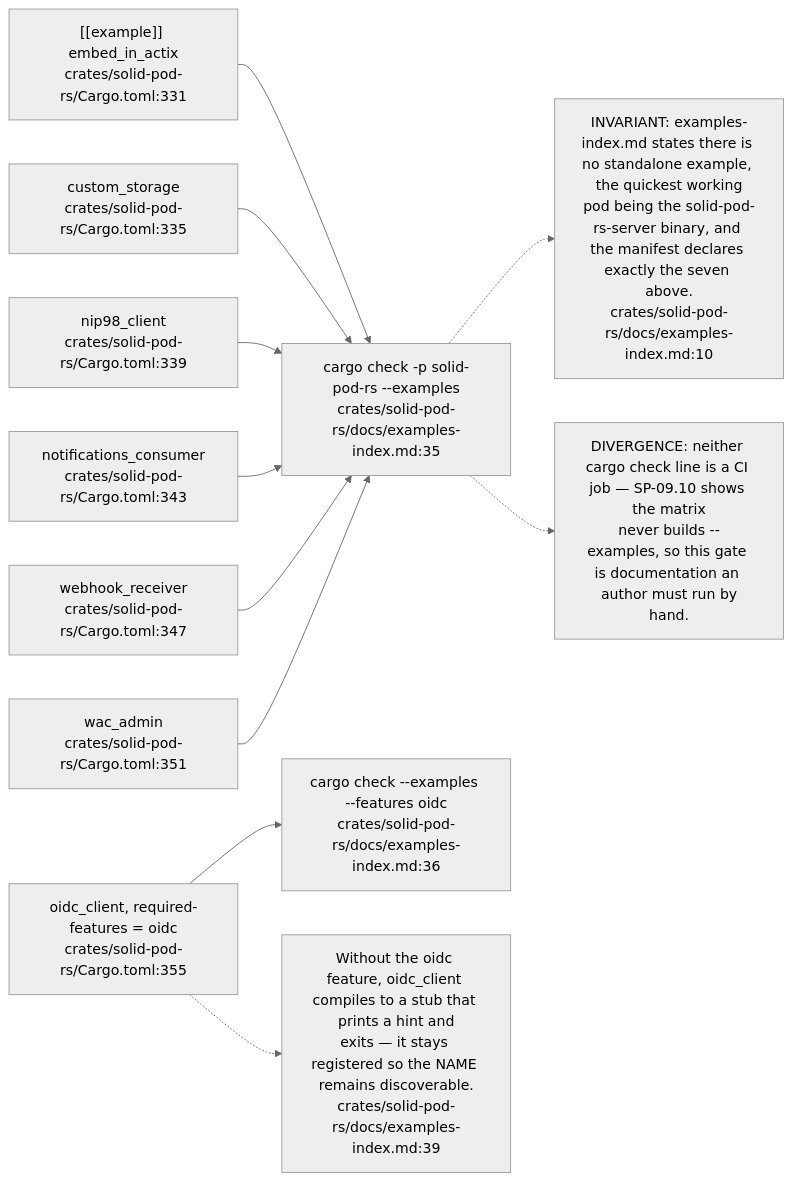
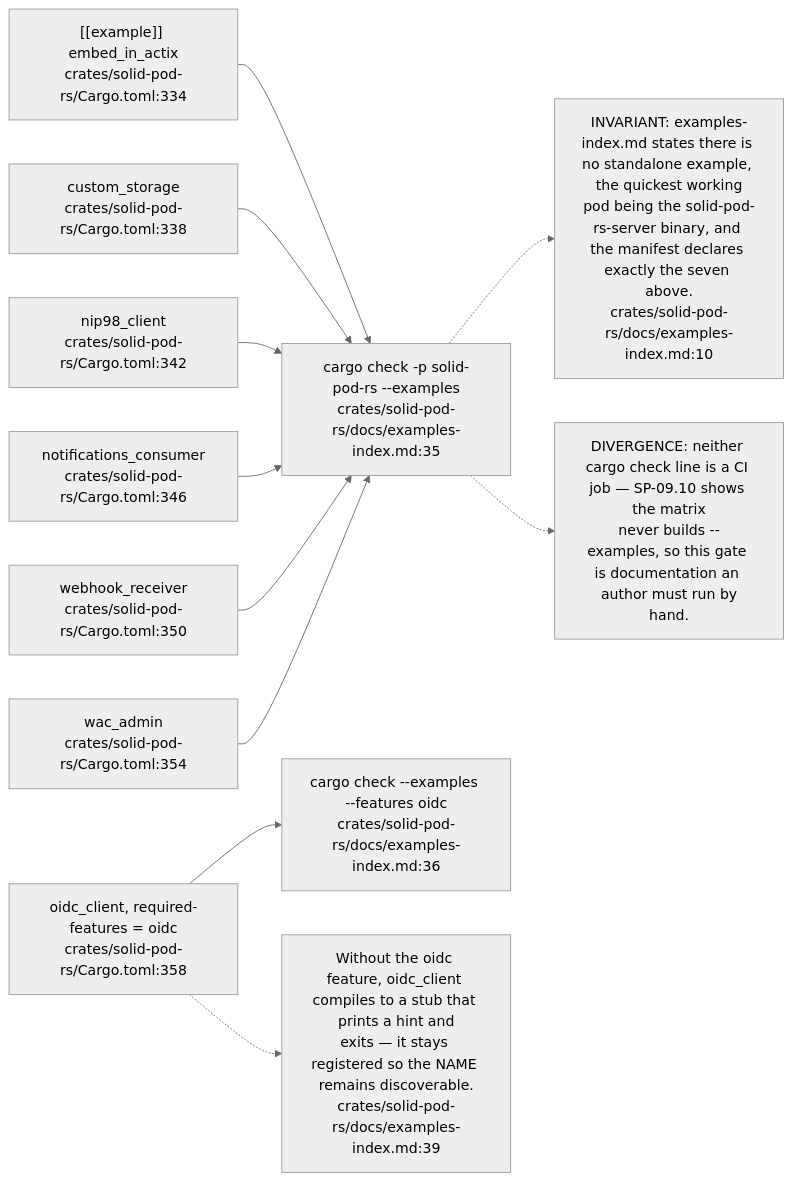
Diagram 12 of 12 in docs/diagrams/solid-pod-rs/01-workspace-composition.md (DreamLab-AI/VisionFlow), drawn with Mermaid (neutral theme) before and after one commit. The commit also changed other lines of this file and 142 other files, not shown here.

First line of the commit message:
docs(diagrams): one System One route; re-verify 140 topics at today's heads

````diff
--- a/docs/diagrams/solid-pod-rs/01-workspace-composition.md
+++ b/docs/diagrams/solid-pod-rs/01-workspace-composition.md
@@ -344,27 +346,27 @@
 ```mermaid
 flowchart LR
-    D1["[[example]] embed_in_actix<br/>crates/solid-pod-rs/Cargo.toml:331"]
-    D2["custom_storage<br/>crates/solid-pod-rs/Cargo.toml:335"]
-    D3["nip98_client<br/>crates/solid-pod-rs/Cargo.toml:339"]
-    D4["notifications_consumer<br/>crates/solid-pod-rs/Cargo.toml:343"]
-    D5["webhook_receiver<br/>crates/solid-pod-rs/Cargo.toml:347"]
-    D6["wac_admin<br/>crates/solid-pod-rs/Cargo.toml:351"]
-    D7["oidc_client, required-features = oidc<br/>crates/solid-pod-rs/Cargo.toml:355"]
+    D1["[[example]] embed_in_actix<br/>crates/solid-pod-rs/Cargo.toml:334"]
+    D2["custom_storage<br/>crates/solid-pod-rs/Cargo.toml:338"]
+    D3["nip98_client<br/>crates/solid-pod-rs/Cargo.toml:342"]
+    D4["notifications_consumer<br/>crates/solid-pod-rs/Cargo.toml:346"]
+    D5["webhook_receiver<br/>crates/solid-pod-rs/Cargo.toml:350"]
+    D6["wac_admin<br/>crates/solid-pod-rs/Cargo.toml:354"]
+    D7["oidc_client, required-features = oidc<br/>crates/solid-pod-rs/Cargo.toml:358"]
     C1["cargo check -p solid-pod-rs --examples<br/>crates/solid-pod-rs/docs/examples-index.md:35"]
     C2["cargo check --examples --features oidc<br/>crates/solid-pod-rs/docs/examples-index.md:36"]
 
     D1 --> C1
     D2 --> C1
     D3 --> C1
     D4 --> C1
     D5 --> C1
     D6 --> C1
     D7 --> C2
 
     N["Without the oidc feature, oidc_client compiles to a stub that prints a hint and<br/>exits — it stays registered so the NAME remains discoverable.<br/>crates/solid-pod-rs/docs/examples-index.md:39"]
     D7 -.-> N
     N2["INVARIANT: examples-index.md states there is no standalone example, the quickest working<br/>pod being the solid-pod-rs-server binary, and the manifest declares exactly the seven above.<br/>crates/solid-pod-rs/docs/examples-index.md:10"]
     C1 -.-> N2
     N3["DIVERGENCE: neither cargo check line is a CI job — SP-09.10 shows the matrix<br/>never builds --examples, so this gate is documentation an author must run by<br/>hand."]
     C1 -.-> N3
 ```
````
